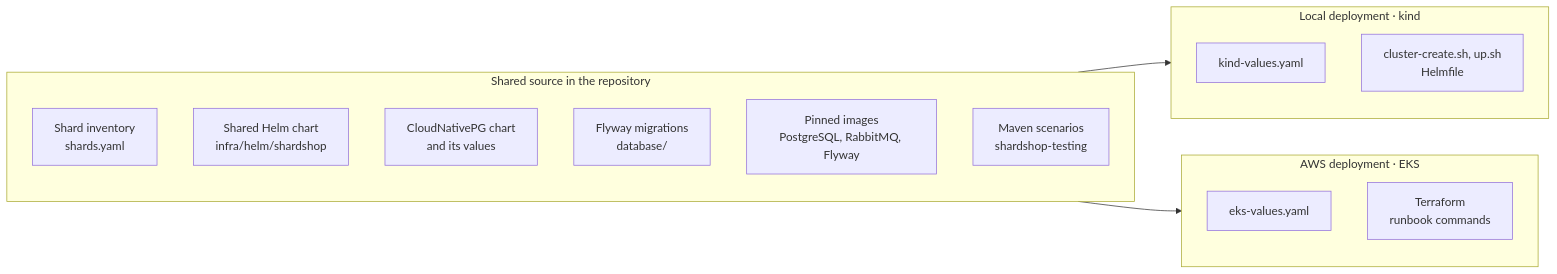
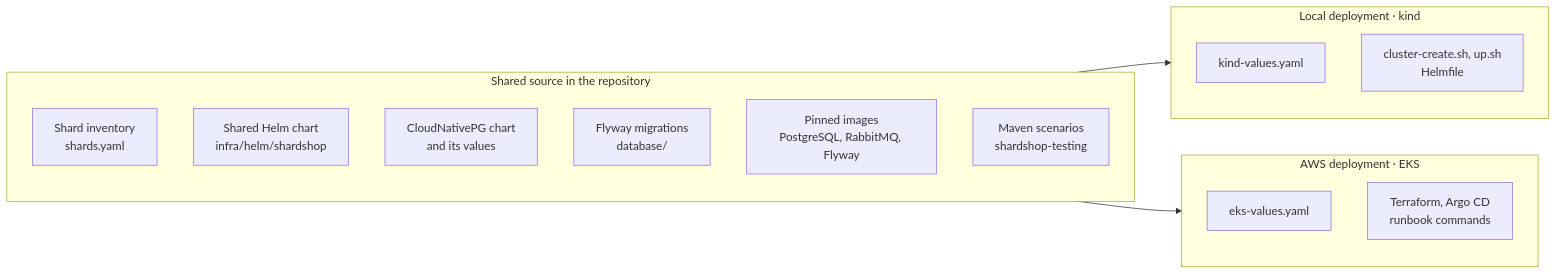
Before and after one commit to nklip/JavaCraft: the fourth of 12 diagrams in microservices/shardshop/ARCHITECTURE.md, drawn with Mermaid. The commit also changed other lines of this file and 26 other files, not shown here.

````diff
--- a/microservices/shardshop/ARCHITECTURE.md
+++ b/microservices/shardshop/ARCHITECTURE.md
@@ -302,21 +302,21 @@
 ```mermaid
 flowchart LR
     subgraph Shared["Shared source in the repository"]
         Inventory["Shard inventory<br/>shards.yaml"]
         Chart["Shared Helm chart<br/>infra/helm/shardshop"]
         Operator["CloudNativePG chart<br/>and its values"]
         Schema["Flyway migrations<br/>database/"]
         Images["Pinned images<br/>PostgreSQL, RabbitMQ, Flyway"]
         Checks["Maven scenarios<br/>shardshop-testing"]
     end
     subgraph Local["Local deployment · kind"]
         KindValues["kind-values.yaml"]
         LocalTools["cluster-create.sh, up.sh<br/>Helmfile"]
     end
     subgraph Cloud["AWS deployment · EKS"]
         EksValues["eks-values.yaml"]
-        CloudTools["Terraform<br/>runbook commands"]
+        CloudTools["Terraform, Argo CD<br/>runbook commands"]
     end
     Shared --> Local
     Shared --> Cloud
 ```
````
